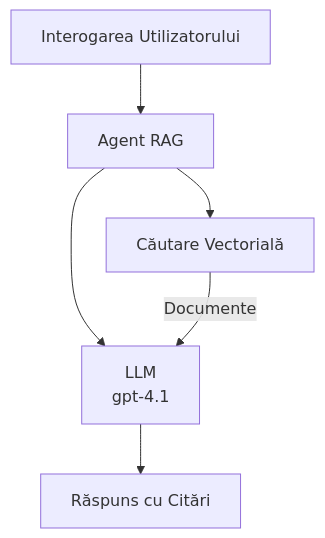
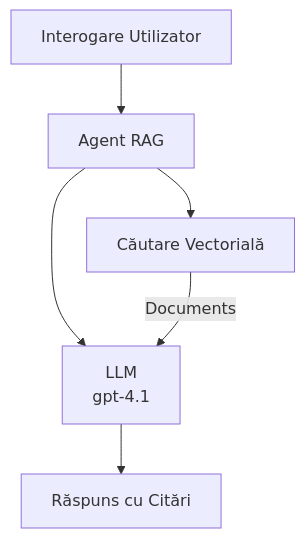
The second of 3 diagrams in translations/ro/docs/chapter-02-ai-development/agents.md (microsoft/AZD-for-beginners), drawn with Mermaid before and after one commit. The commit also changed other lines of this file and 59 other files, not shown here.

````diff
--- a/translations/ro/docs/chapter-02-ai-development/agents.md
+++ b/translations/ro/docs/chapter-02-ai-development/agents.md
@@ -181,8 +181,8 @@
 ```mermaid
 graph TD
-    Query[Interogarea Utilizatorului] --> RAG[Agent RAG]
+    Query[Interogare Utilizator] --> RAG[Agent RAG]
     RAG --> Vector[Căutare Vectorială]
     RAG --> LLM[LLM<br/>gpt-4.1]
-    Vector -- Documente --> LLM
+    Vector -- Documents --> LLM
     LLM --> Response[Răspuns cu Citări]
 ```
````
